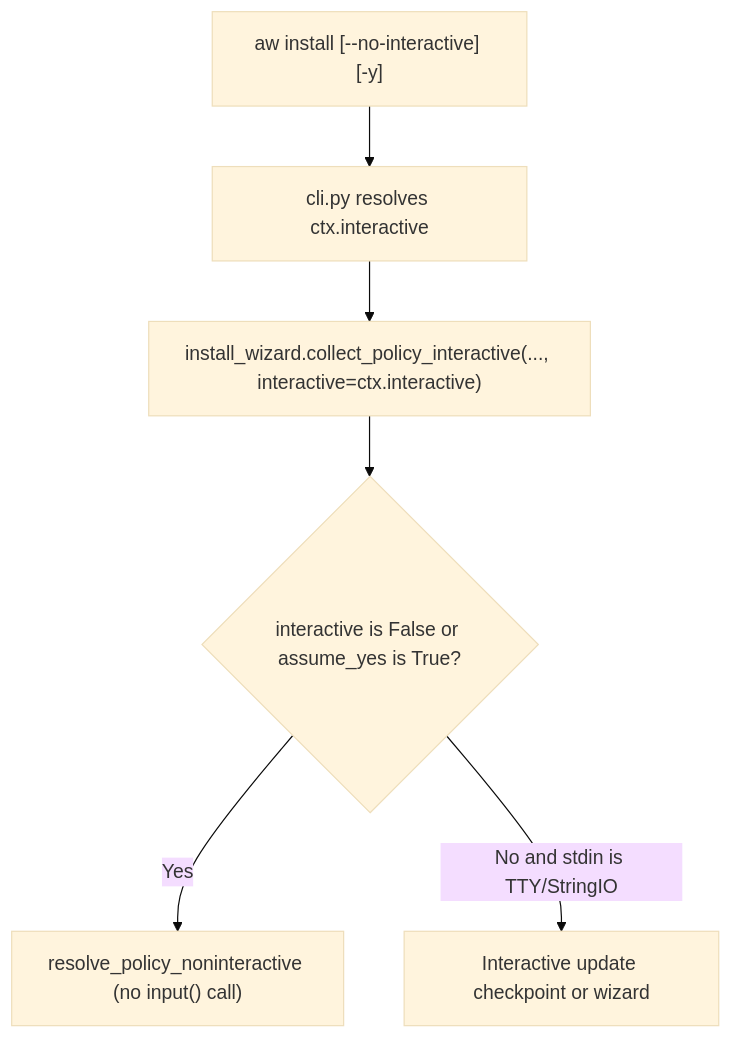
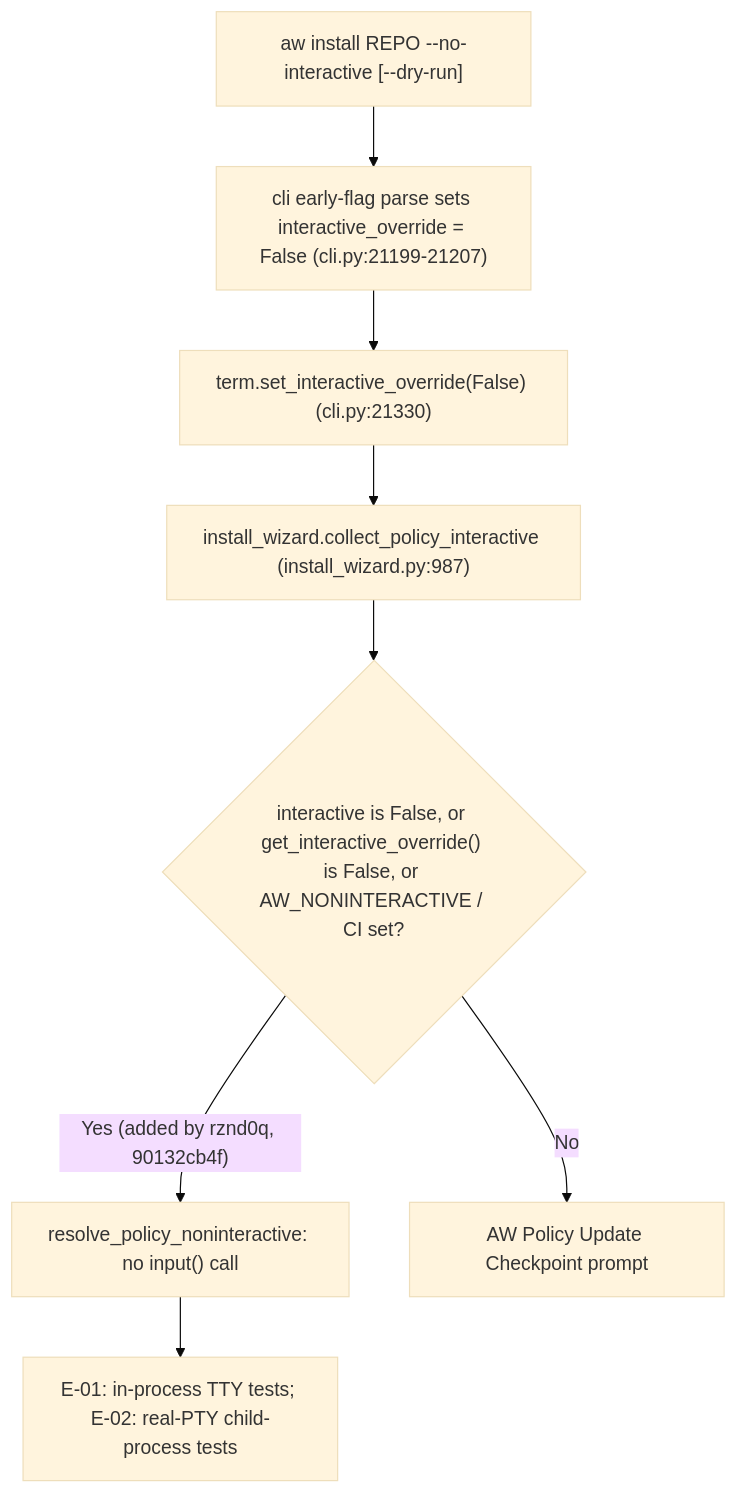
The diagram in .aw/records/plans/pending/20261121-dogfood-bugs-01-gftvh6-honor-no-interactive-in-aw-install-policy-update-checkpoint.ipd.md (fariello/agent-workflows), drawn with Mermaid (base theme) before and after one commit. The commit also changed other lines of this file and 1 other file, not shown here.

````diff
--- a/.aw/records/plans/pending/20261121-dogfood-bugs-01-gftvh6-honor-no-interactive-in-aw-install-policy-update-checkpoint.ipd.md
+++ b/.aw/records/plans/pending/20261121-dogfood-bugs-01-gftvh6-honor-no-interactive-in-aw-install-policy-update-checkpoint.ipd.md
@@ -32,8 +42,10 @@
 ```mermaid
 flowchart TD
-    A["aw install [--no-interactive] [-y]"] --> B["cli.py resolves ctx.interactive"]
-    B --> C["install_wizard.collect_policy_interactive(..., interactive=ctx.interactive)"]
-    C --> D{"interactive is False or assume_yes is True?"}
-    D -->|Yes| E["resolve_policy_noninteractive (no input() call)"]
-    D -->|No and stdin is TTY/StringIO| F["Interactive update checkpoint or wizard"]
+    A["aw install REPO --no-interactive [--dry-run]"] --> B["cli early-flag parse sets interactive_override = False (cli.py:21199-21207)"]
+    B --> C["term.set_interactive_override(False) (cli.py:21330)"]
+    C --> D["install_wizard.collect_policy_interactive (install_wizard.py:987)"]
+    D --> E{"interactive is False, or get_interactive_override() is False, or AW_NONINTERACTIVE / CI set?"}
+    E -->|"Yes (added by rznd0q, 90132cb4f)"| F["resolve_policy_noninteractive: no input() call"]
+    E -->|No| G["AW Policy Update Checkpoint prompt"]
+    F --> H["E-01: in-process TTY tests; E-02: real-PTY child-process tests"]
 ```
````
